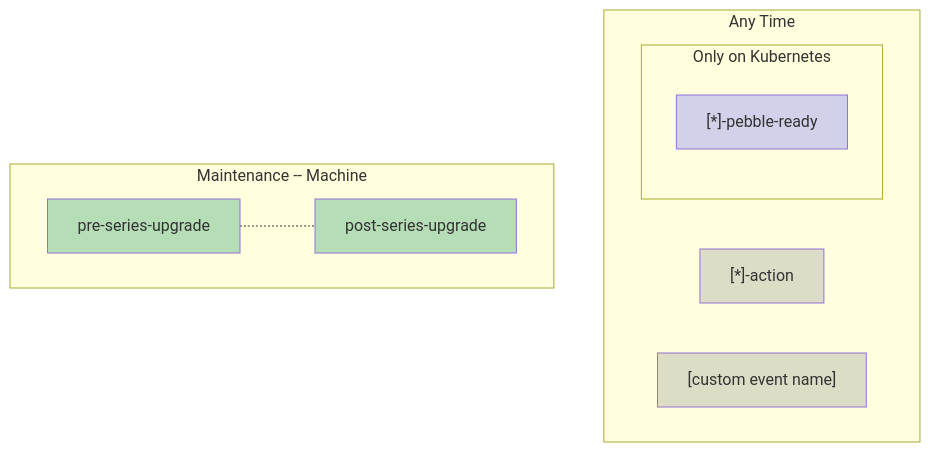
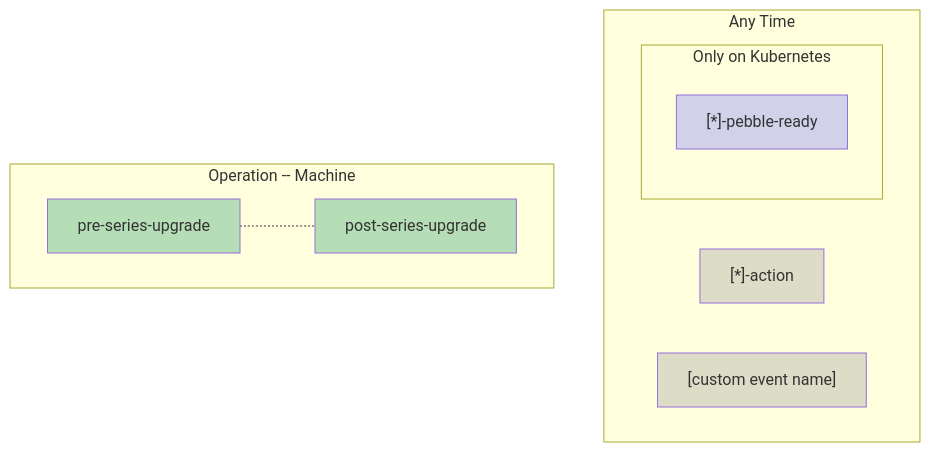
Before and after one commit to canonical/charm-events: the second of 2 diagrams in README.md, drawn with Mermaid. The commit also changed other lines of this file, not shown here.

````diff
--- a/README.md
+++ b/README.md
@@ -63,19 +63,19 @@
 ```mermaid
 flowchart TD
     subgraph Anytime[Any Time]
         action["[*]-action"]:::custom
         customevent["[custom event name]"]:::custom
         
         subgraph Kubernetes[Only on Kubernetes]
             pebble_ready["[*]-pebble-ready"]:::kubevent
         end
     end
     
-    subgraph Maintenance [Maintenance -- Machine]
+    subgraph Operation [Operation -- Machine]
         pre_series_upgrade[pre-series-upgrade]:::machine -.- post_series_upgrade[post-series-upgrade]:::machine
     end
     
 classDef kubevent fill:#77f5;
 classDef custom fill:#9995;
 classDef machine fill:#2965;
 ```
````
